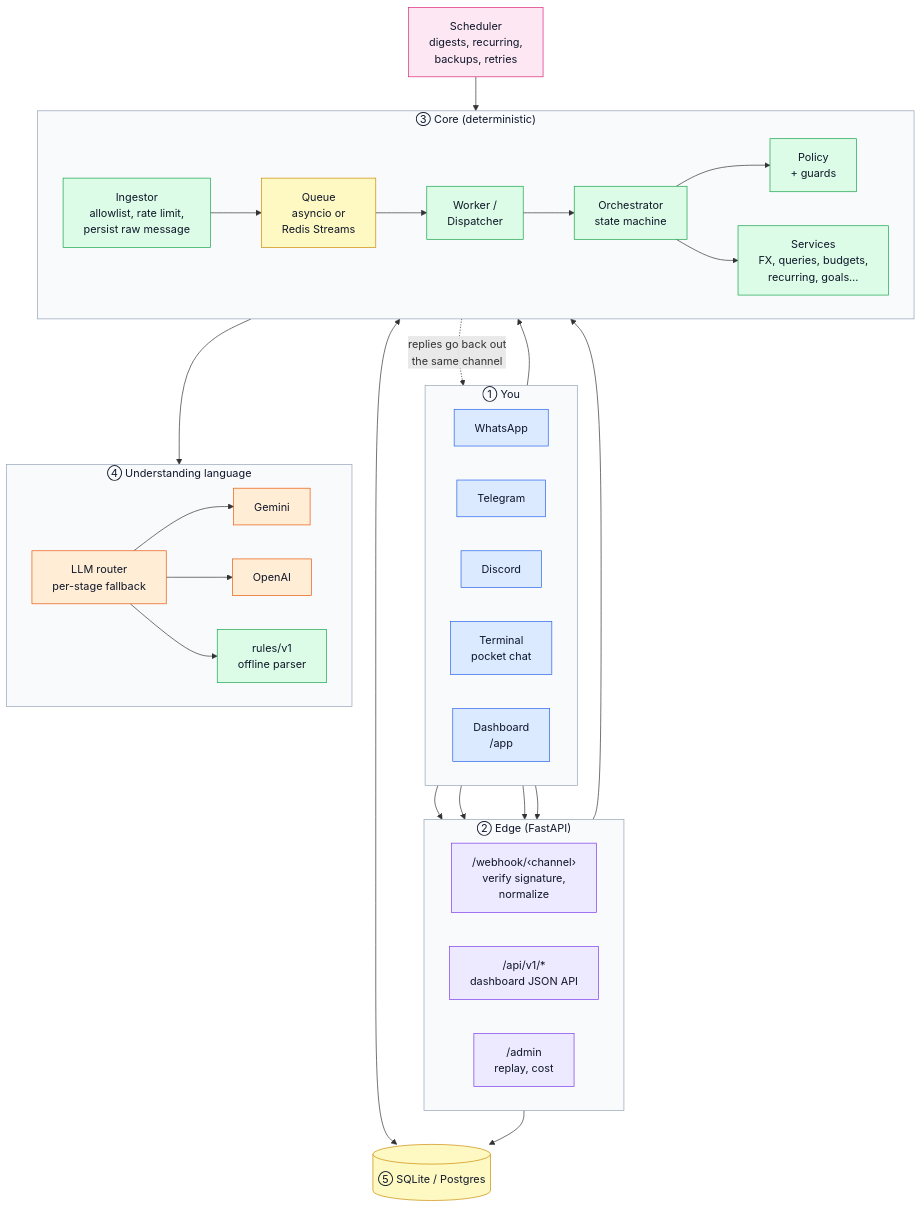
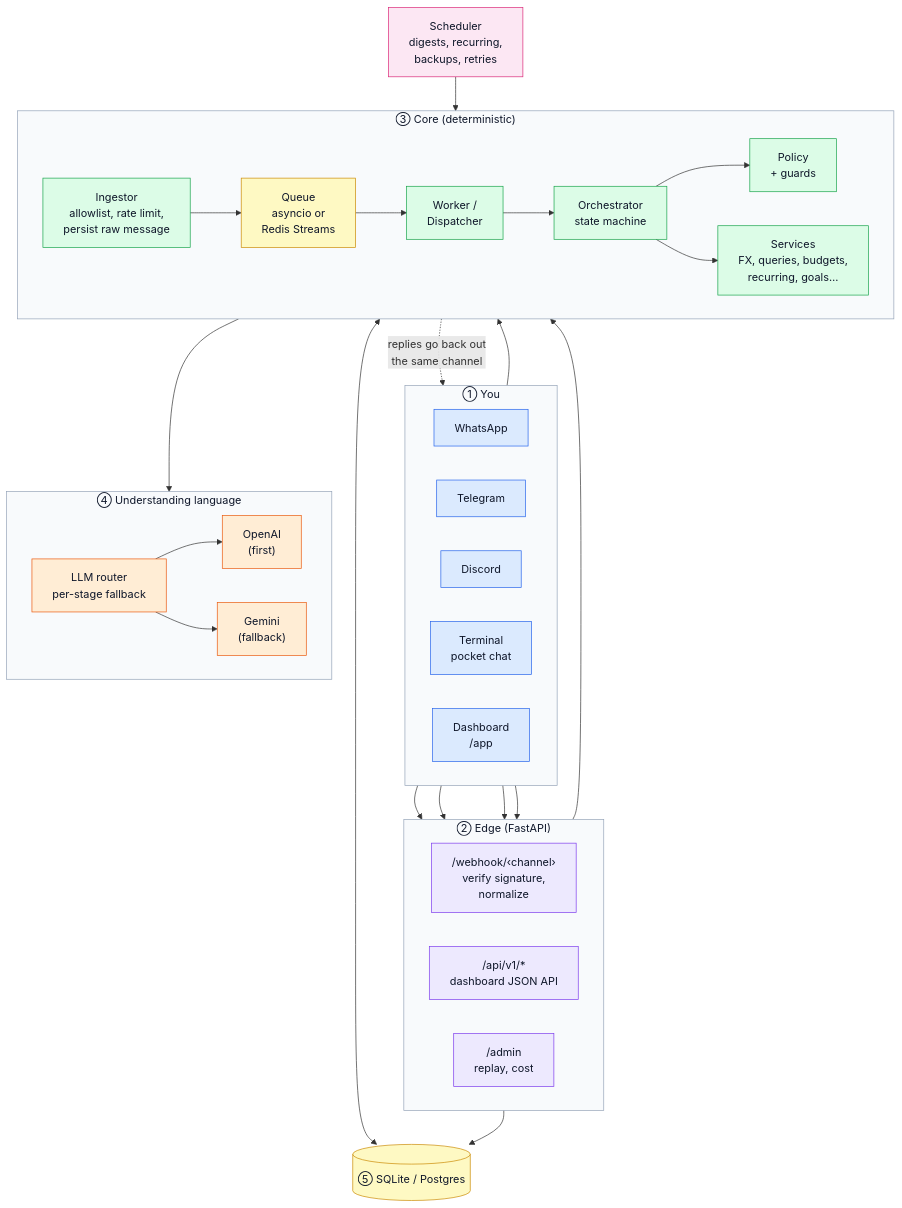
One commit to ShishirRijal/PocketAI changed the first of 2 diagrams in docs/01-overview.md. Above: the diagram before and after it, drawn with Mermaid. The commit also changed other lines of this file and 9 other files, not shown here.

Commit message:
docs: openai-first routing, no offline parser, stub llm only in tests

````diff
--- a/docs/01-overview.md
+++ b/docs/01-overview.md
@@ -17,66 +17,64 @@
 ```mermaid
 flowchart TD
   subgraph You["① You"]
     direction LR
     WA["WhatsApp"]:::user
     TG["Telegram"]:::user
     DC["Discord"]:::user
     CLI["Terminal<br/>pocket chat"]:::user
     WEB["Dashboard<br/>/app"]:::user
   end
 
   subgraph Edge["② Edge (FastAPI)"]
     direction LR
     WH["/webhook/‹channel›<br/>verify signature,<br/>normalize"]:::edge
     API["/api/v1/*<br/>dashboard JSON API"]:::edge
     ADM["/admin<br/>replay, cost"]:::edge
   end
 
   subgraph Core["③ Core (deterministic)"]
     direction LR
     ING["Ingestor<br/>allowlist, rate limit,<br/>persist raw message"]:::core
     Q["Queue<br/>asyncio or<br/>Redis Streams"]:::store
     W["Worker /<br/>Dispatcher"]:::core
     O["Orchestrator<br/>state machine"]:::core
     POL["Policy<br/>+ guards"]:::core
     SVC["Services<br/>FX, queries, budgets,<br/>recurring, goals…"]:::core
     ING --> Q --> W --> O
     O --> POL
     O --> SVC
   end
 
   subgraph Brain["④ Understanding language"]
     direction LR
     R["LLM router<br/>per-stage fallback"]:::ai
-    GEM["Gemini"]:::ai
-    OAI["OpenAI"]:::ai
-    RULES["rules/v1<br/>offline parser"]:::core
+    OAI["OpenAI<br/>(first)"]:::ai
+    GEM["Gemini<br/>(fallback)"]:::ai
+    R --> OAI
     R --> GEM
-    R --> OAI
-    R --> RULES
   end
 
   DB[("⑤ SQLite / Postgres")]:::store
   JOBS["Scheduler<br/>digests, recurring,<br/>backups, retries"]:::job
 
   WA & TG & DC --> WH
   WEB --> API
   CLI --> ING
   WH --> ING
   API --> DB
   O --> R
   O <--> DB
   JOBS --> W
   W -. "replies go back out<br/>the same channel" .-> You
 
   classDef user fill:#dbeafe,stroke:#2563eb,color:#0f172a
   classDef edge fill:#ede9fe,stroke:#7c3aed,color:#0f172a
   classDef core fill:#dcfce7,stroke:#16a34a,color:#0f172a
   classDef ai fill:#ffedd5,stroke:#ea580c,color:#0f172a
   classDef store fill:#fef9c3,stroke:#ca8a04,color:#0f172a
   classDef job fill:#fce7f3,stroke:#db2777,color:#0f172a
   style You fill:#f8fafc,stroke:#94a3b8,color:#0f172a
   style Edge fill:#f8fafc,stroke:#94a3b8,color:#0f172a
   style Core fill:#f8fafc,stroke:#94a3b8,color:#0f172a
   style Brain fill:#f8fafc,stroke:#94a3b8,color:#0f172a
 ```
````
